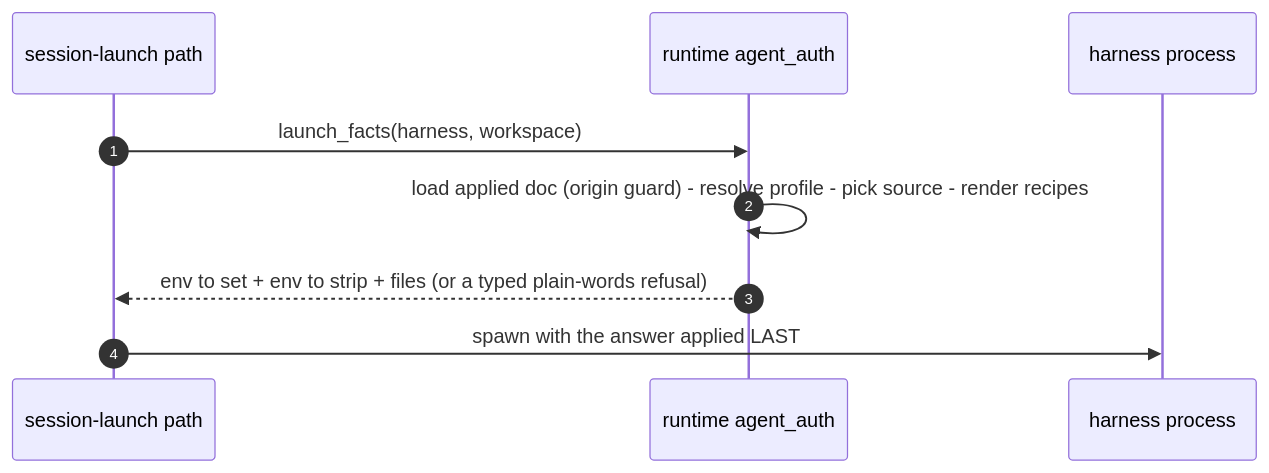
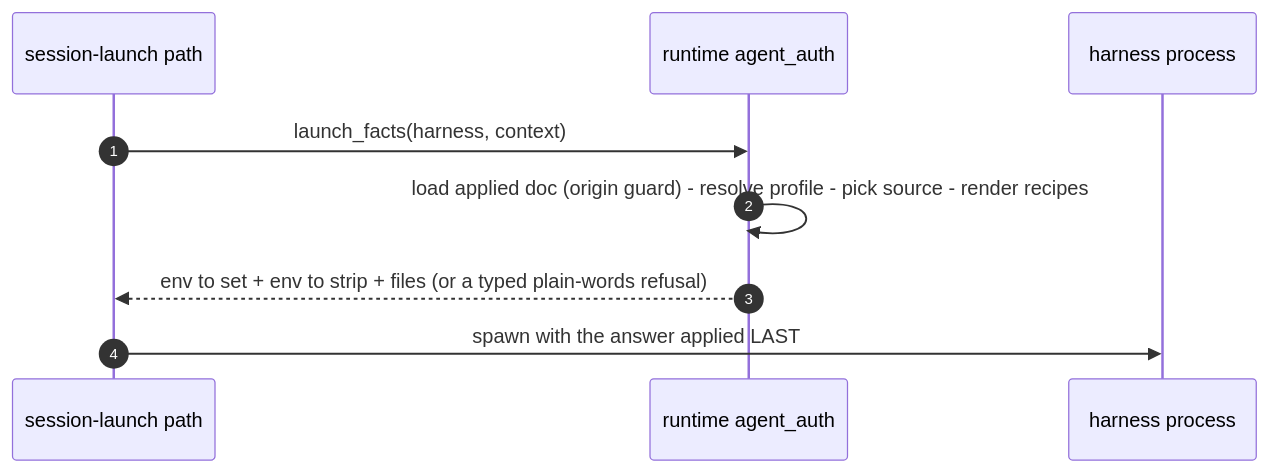
Before and after one commit to proliferate-ai/proliferate: the third of 5 diagrams in specs/systems/agent_auth/README.md, drawn with Mermaid. The commit also changed other lines of this file and 1 other file, not shown here.

````diff
--- a/specs/systems/agent_auth/README.md
+++ b/specs/systems/agent_auth/README.md
@@ -324,11 +324,11 @@
 ```mermaid
 sequenceDiagram
     autonumber
     participant SESS as session-launch path
     participant RT as runtime agent_auth
     participant H as harness process
-    SESS->>RT: launch_facts(harness, workspace)
+    SESS->>RT: launch_facts(harness, context)
     RT->>RT: load applied doc (origin guard) - resolve profile - pick source - render recipes
     RT-->>SESS: env to set + env to strip + files (or a typed plain-words refusal)
     SESS->>H: spawn with the answer applied LAST
 ```
````
